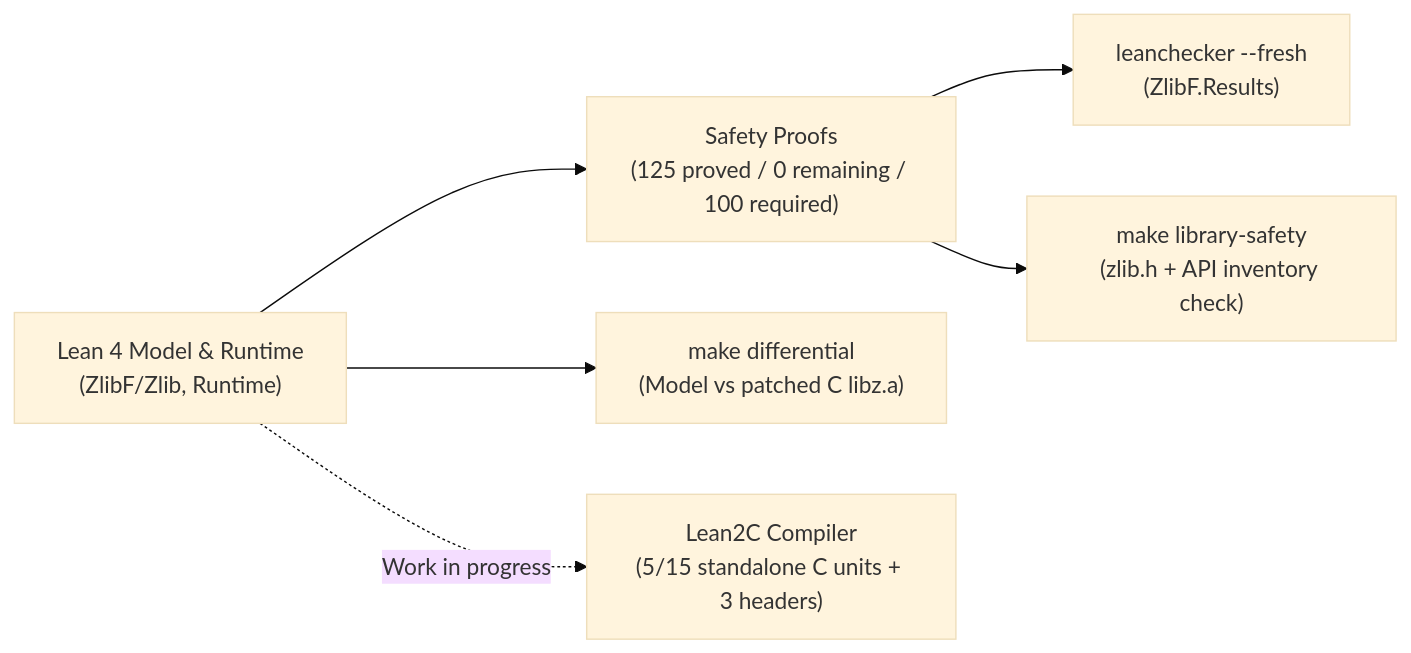
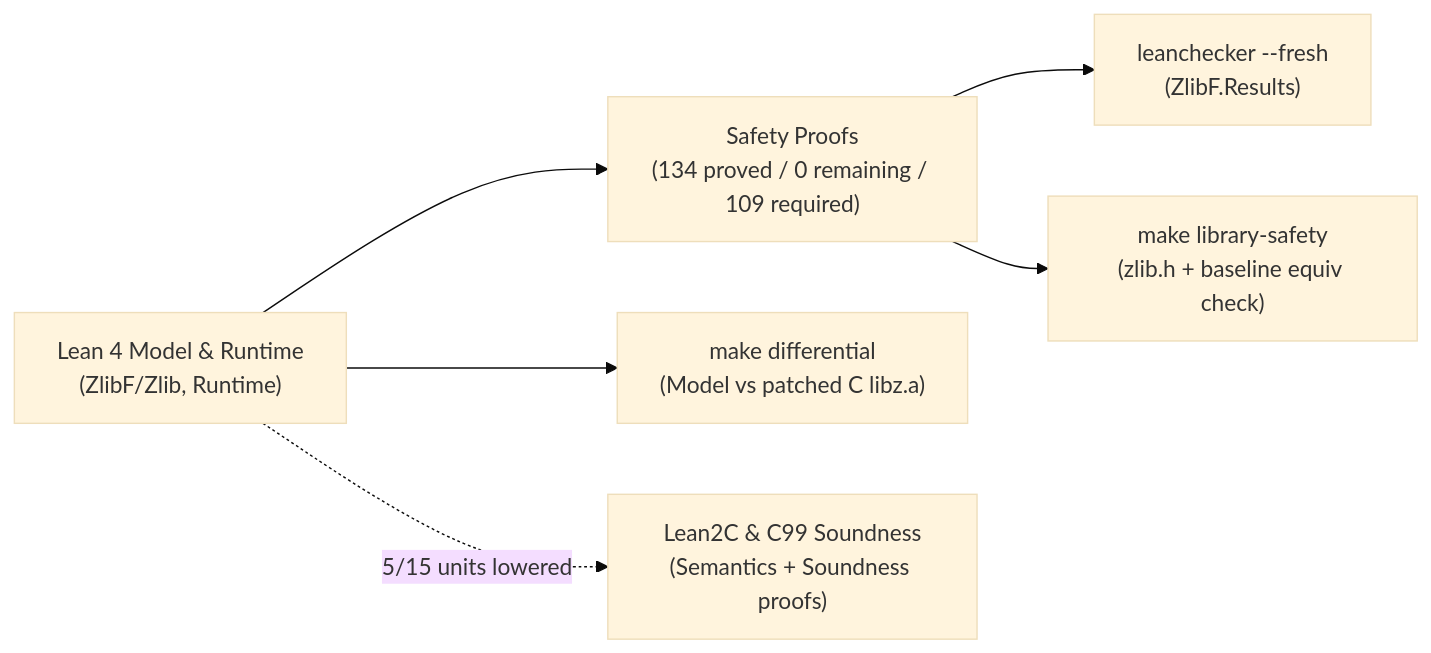
Before and after one commit to cla7aye15I4nd/zlib-lean: the diagram in README.md, drawn with Mermaid (base theme). The commit also changed other lines of this file and 33 other files, not shown here.

First line of the commit message:
Extend safety scope, baseline equivalence checks, Std.WP combinators, and Lean2C soundness

````diff
--- a/README.md
+++ b/README.md
@@ -25,8 +28,8 @@
 ```mermaid
 flowchart LR
-    Model["Lean 4 Model & Runtime\n(ZlibF/Zlib, Runtime)"] --> Safety["Safety Proofs\n(125 proved / 0 remaining / 100 required)"]
+    Model["Lean 4 Model & Runtime\n(ZlibF/Zlib, Runtime)"] --> Safety["Safety Proofs\n(134 proved / 0 remaining / 109 required)"]
     Safety --> Kernel["leanchecker --fresh\n(ZlibF.Results)"]
-    Safety --> Coverage["make library-safety\n(zlib.h + API inventory check)"]
+    Safety --> Coverage["make library-safety\n(zlib.h + baseline equiv check)"]
     Model --> Diff["make differential\n(Model vs patched C libz.a)"]
-    Model -. "Work in progress" .-> Lean2C["Lean2C Compiler\n(5/15 standalone C units + 3 headers)"]
+    Model -. "5/15 units lowered" .-> Lean2C["Lean2C & C99 Soundness\n(Semantics + Soundness proofs)"]
 ```
````
